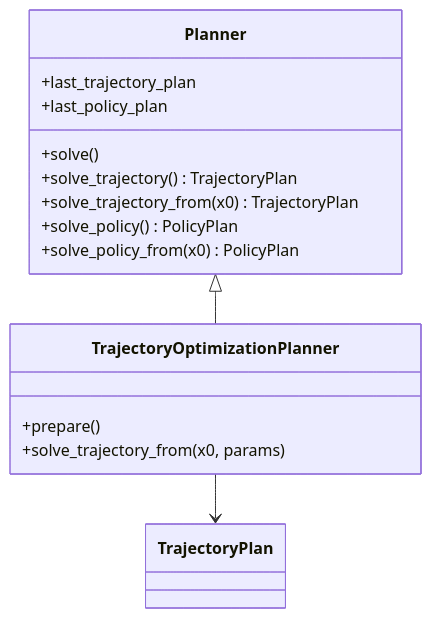
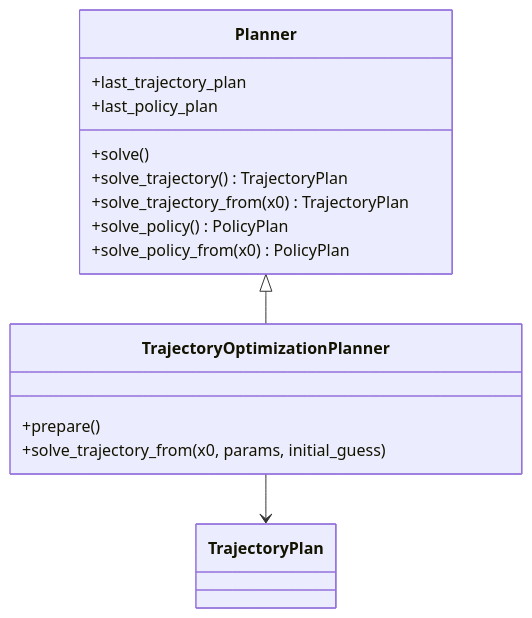
Before and after one commit to alx87grd/minilink: the second of 2 diagrams in docs/plans/mpc-rh-refactor/vision.md, drawn with Mermaid. The commit also changed other lines of this file and 7 other files, not shown here.

First line of the commit message:
feat(planning): complete phases E0 and E1 — implement solve_trajectory_from API

````diff
--- a/docs/plans/mpc-rh-refactor/vision.md
+++ b/docs/plans/mpc-rh-refactor/vision.md
@@ -124,18 +135,18 @@
 ```mermaid
 classDiagram
   class Planner {
     +last_trajectory_plan
     +last_policy_plan
     +solve()
     +solve_trajectory() TrajectoryPlan
     +solve_trajectory_from(x0) TrajectoryPlan
     +solve_policy() PolicyPlan
     +solve_policy_from(x0) PolicyPlan
   }
   class TrajectoryOptimizationPlanner {
     +prepare()
-    +solve_trajectory_from(x0, params)
+    +solve_trajectory_from(x0, params, initial_guess)
   }
   Planner <|-- TrajectoryOptimizationPlanner
   TrajectoryOptimizationPlanner --> TrajectoryPlan
 ```
````
